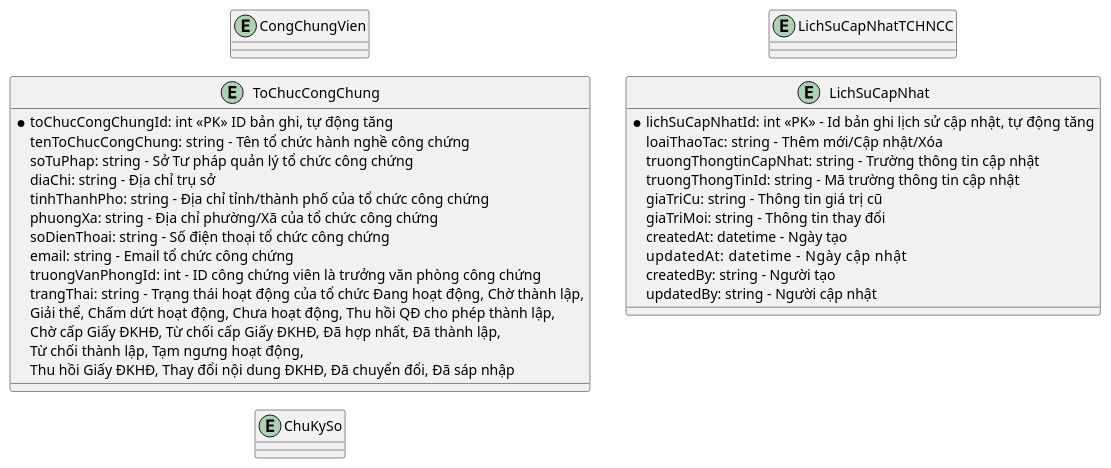
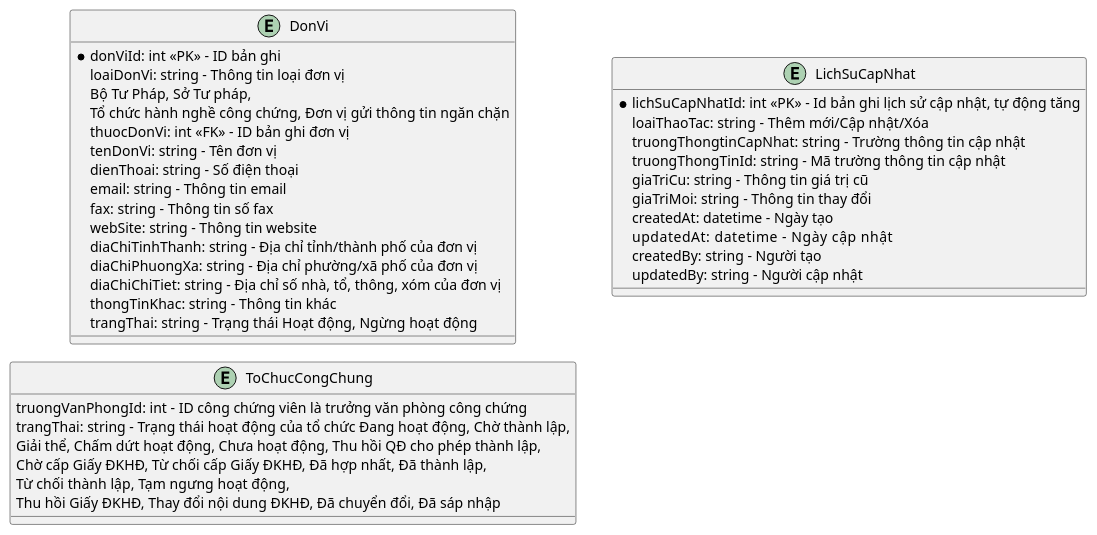
One commit to phuongpm23/nds-docs-test changed the diagram in ba/[NDS-E-00016] Quản lý tổ chức hành nghề công chứng/3.ldm.puml. Above: the diagram before and after it, drawn with PlantUML. The commit also changed 51 other files, not shown here.

```diff
--- a/ba/[NDS-E-00016] Quản lý tổ chức hành nghề công chứng/3.ldm.puml
+++ b/ba/[NDS-E-00016] Quản lý tổ chức hành nghề công chứng/3.ldm.puml
@@ -1,40 +1,50 @@
 @startuml ldm
 !pragma layout smetana
 left to right direction
 
-entity CongChungVien
+entity DonVi
 entity ToChucCongChung
-entity ChuKySo
-entity LichSuCapNhatTCHNCC
+entity LichSuCapNhat
 
 entity LichSuCapNhat {
   *lichSuCapNhatId: int <<PK>> - Id bản ghi lịch sử cập nhật, tự động tăng
   loaiThaoTac: string - Thêm mới/Cập nhật/Xóa
   truongThongtinCapNhat: string - Trường thông tin cập nhật
   truongThongTinId: string - Mã trường thông tin cập nhật
   giaTriCu: string - Thông tin giá trị cũ
   giaTriMoi: string - Thông tin thay đổi
   createdAt: datetime - Ngày tạo
   updatedAt: datetime      - Ngày cập nhật
   createdBy: string - Người tạo
   updatedBy: string - Người cập nhật
 }
 
+entity DonVi
+{
+    *donViId: int <<PK>> - ID bản ghi
+    loaiDonVi: string - Thông tin loại đơn vị 
+    Bộ Tư Pháp, Sở Tư pháp, 
+    Tổ chức hành nghề công chứng, Đơn vị gửi thông tin ngăn chặn
+    thuocDonVi: int <<FK>> - ID bản ghi đơn vị
+    tenDonVi: string - Tên đơn vị
+    dienThoai: string - Số điện thoại 
+    email: string - Thông tin email
+    fax: string - Thông tin số fax
+    webSite: string - Thông tin website
+    diaChiTinhThanh: string - Địa chỉ tỉnh/thành phố của đơn vị
+    diaChiPhuongXa: string - Địa chỉ phường/xã phố của đơn vị
+    diaChiChiTiet: string - Địa chỉ số nhà, tổ, thông, xóm của đơn vị
+    thongTinKhac: string - Thông tin khác
+    trangThai: string - Trạng thái Hoạt động, Ngừng hoạt động
+}
+
 entity ToChucCongChung {
-  *toChucCongChungId: int <<PK>> ID bản ghi, tự động tăng
-  tenToChucCongChung: string - Tên tổ chức hành nghề công chứng
-  soTuPhap: string - Sở Tư pháp quản lý tổ chức công chứng
-  diaChi: string - Địa chỉ trụ sở
-  tinhThanhPho: string - Địa chỉ tỉnh/thành phố của tổ chức công chứng
-  phuongXa: string - Địa chỉ phường/Xã của tổ chức công chứng
-  soDienThoai: string - Số điện thoại tổ chức công chứng
-  email: string - Email tổ chức công chứng
   truongVanPhongId: int - ID công chứng viên là trưởng văn phòng công chứng
   trangThai: string - Trạng thái hoạt động của tổ chức Đang hoạt động, Chờ thành lập, 
     Giải thể, Chấm dứt hoạt động, Chưa hoạt động, Thu hồi QĐ cho phép thành lập, 
     Chờ cấp Giấy ĐKHĐ, Từ chối cấp Giấy ĐKHĐ, Đã hợp nhất, Đã thành lập, 
     Từ chối thành lập, Tạm ngưng hoạt động, 
     Thu hồi Giấy ĐKHĐ, Thay đổi nội dung ĐKHĐ, Đã chuyển đổi, Đã sáp nhập
 }
 
 @enduml
```
